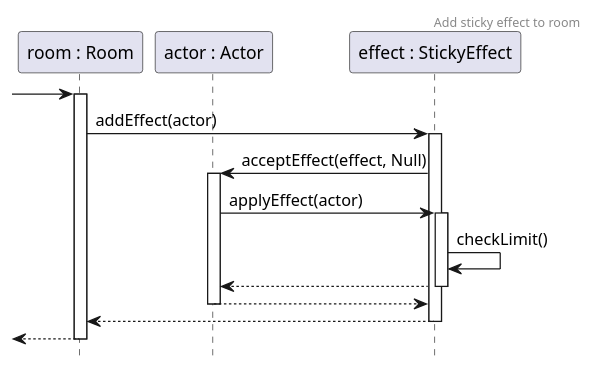
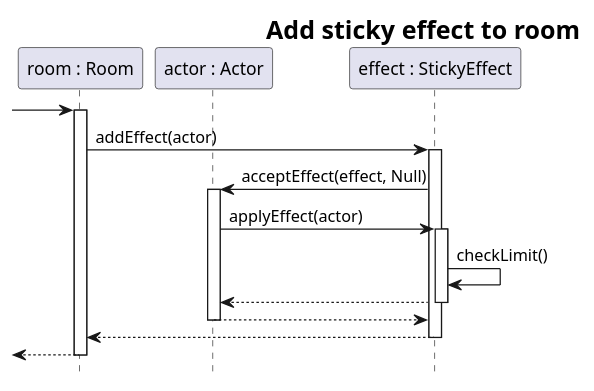
The diagram in docs/sequence/effect/StickyEffect.puml (Kristof-me/Logarlec), drawn with PlantUML before and after one commit. The commit also changed 9 other files, not shown here.

```diff
--- a/docs/sequence/effect/StickyEffect.puml
+++ b/docs/sequence/effect/StickyEffect.puml
@@ -1,30 +1,31 @@
 @startuml StickyEffect
+skinparam headerFontSize 20
+skinparam HeaderFontColor #000000
+skinparam HeaderFontStyle bold
 header Add sticky effect to room
 hide footbox
 
 participant Room as "room : Room"
 participant Actor as "actor : Actor"
 participant effect as "effect : StickyEffect"
 
 -> Room
 activate Room
 
 Room -> effect ++: addEffect(actor)
 effect -> Actor++: acceptEffect(effect, Null)
 Actor -> effect ++: applyEffect(actor)
 
 effect -> effect : checkLimit()
 
-/' TODO
-review-ra ez kérdés
-itt az issue azt írja, hogy a room-tól kéne kérni, hogy hányan vannak benne
-szerintem sokkal egyszerűbb, ha a sticky effect számon tartja, hogy hány emberre pakolódott rá eddig
-és pl. a tick-jét lehetne úgy felül írni az ősnek, hogy az megtartja a számlálót
+/'
+Úgy működik, hogy van egy listánk, amibe ha az ember új, akkor letároljuk
+és így meg tudjuk számolni hány új látogató jött a szobába
 '/
 
 return
 return
 return
 return
 
 @enduml
```
